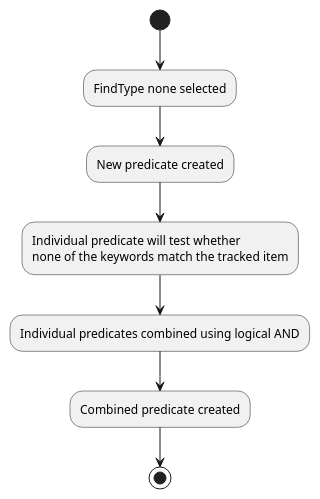
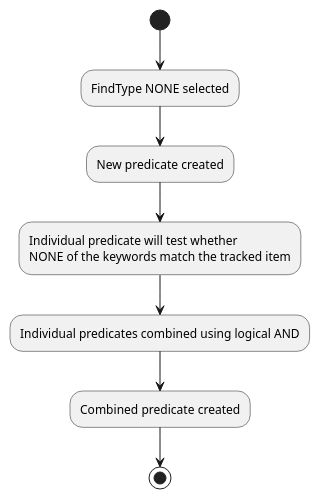
One commit to pr4aveen/tp changed the diagram in docs/diagrams/FindNone.puml. Above: the diagram before and after it, drawn with PlantUML. The commit also changed 5 other files, not shown here.

Commit message:
Capitalize important words in activity diagram

```diff
--- a/docs/diagrams/FindNone.puml
+++ b/docs/diagrams/FindNone.puml
@@ -1,9 +1,9 @@
 @startuml
-(*)  --> "FindType none selected"
+(*)  --> "FindType NONE selected"
 --> New predicate created
 --> "Individual predicate will test whether
-none of the keywords match the tracked item"
+NONE of the keywords match the tracked item"
 --> Individual predicates combined using logical AND
 --> Combined predicate created
 -->(*)
 @enduml
```
